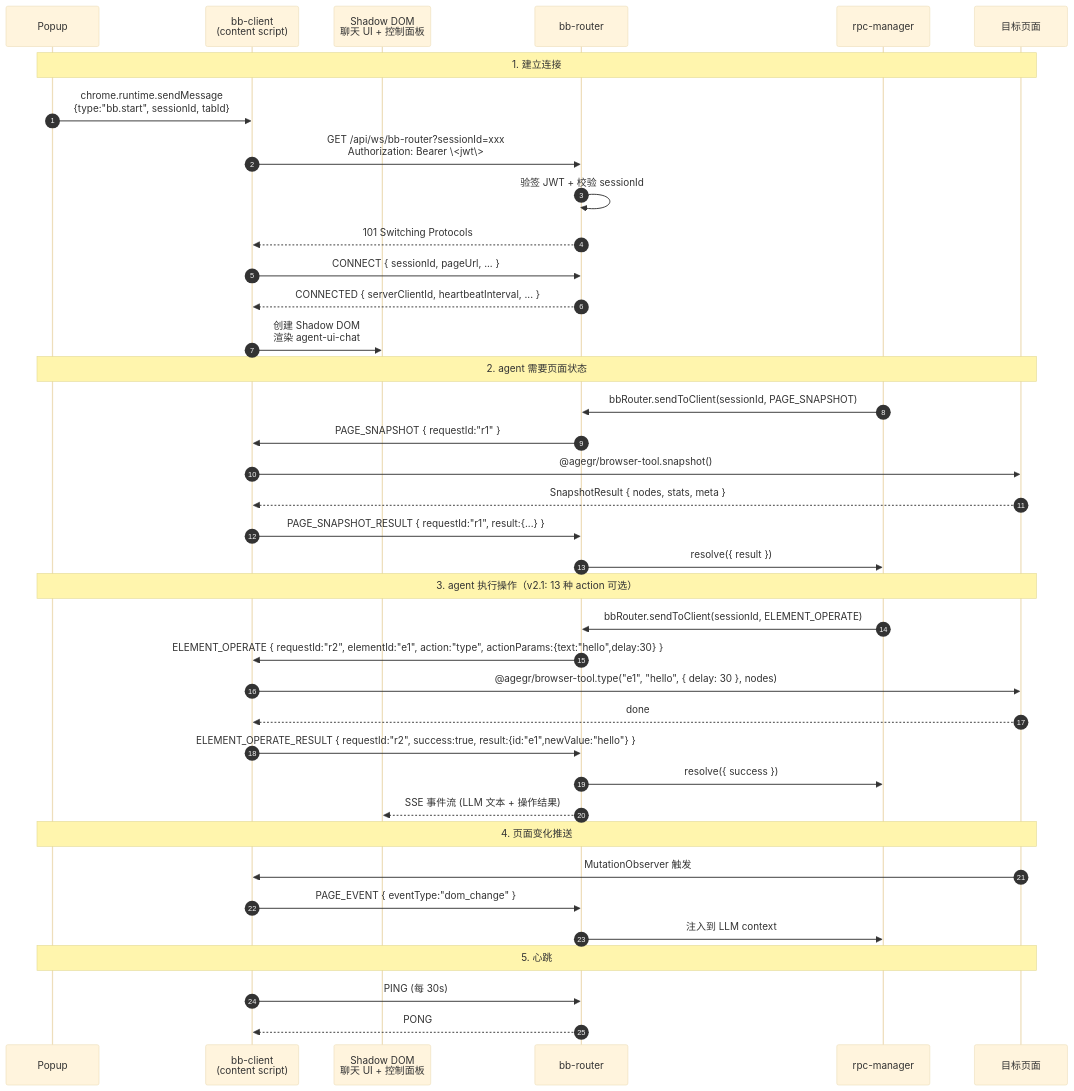
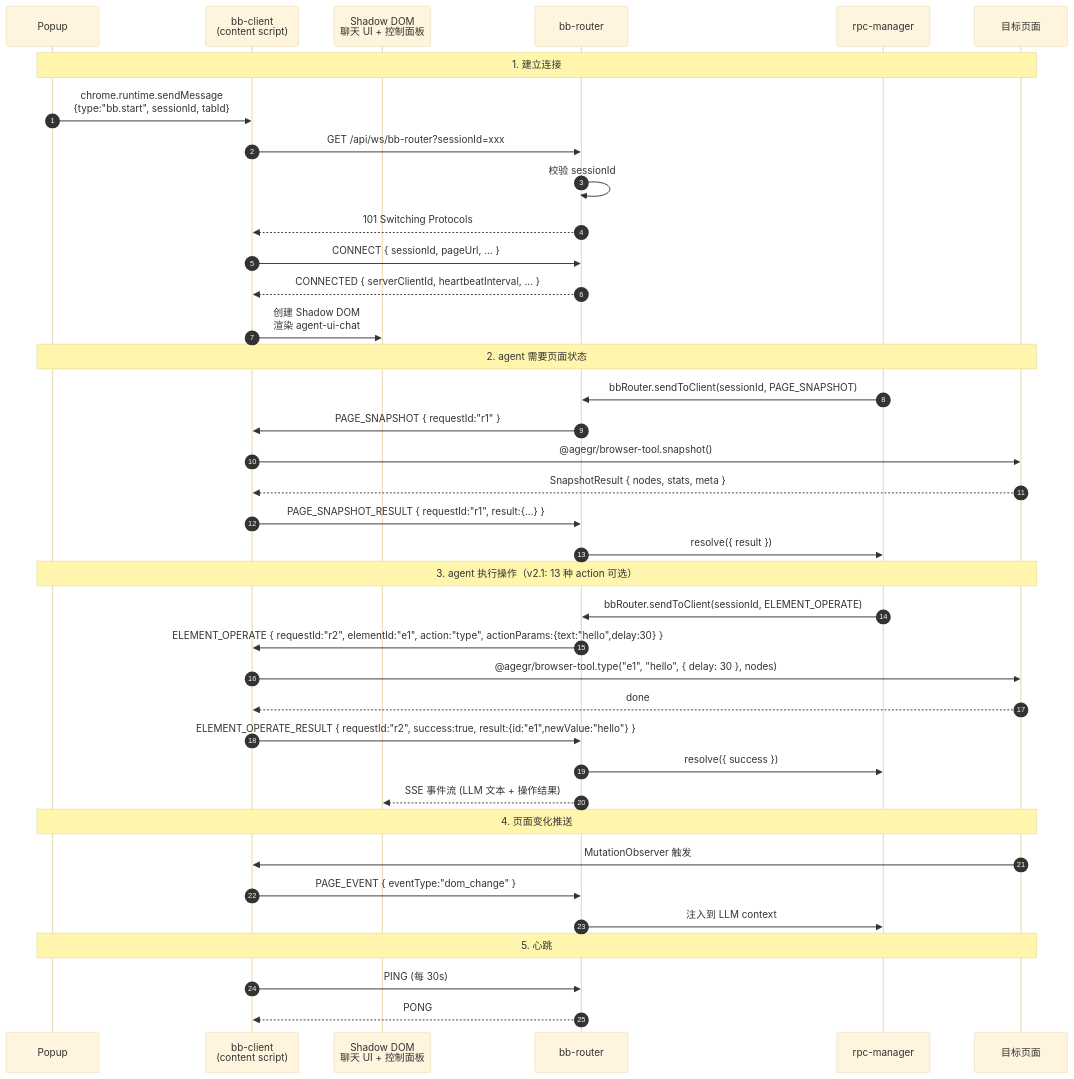
The first of 2 diagrams in neo/design/docs/technical/agent-steer/browser-bridge-protocol.md (zhaoxin34/matrix), drawn with Mermaid (base theme) before and after one commit. The commit also changed other lines of this file and 1 other file, not shown here.

````diff
--- a/neo/design/docs/technical/agent-steer/browser-bridge-protocol.md
+++ b/neo/design/docs/technical/agent-steer/browser-bridge-protocol.md
@@ -730,45 +707,45 @@
 ```mermaid
 sequenceDiagram
     autonumber
     participant Popup as Popup
     participant CS as bb-client<br/>(content script)
     participant SD as Shadow DOM<br/>聊天 UI + 控制面板
     participant Router as bb-router
     participant RPC as rpc-manager
     participant Page as 目标页面
 
     Note over Popup,Page: 1. 建立连接
     Popup->>CS: chrome.runtime.sendMessage<br/>{type:"bb.start", sessionId, tabId}
-    CS->>Router: GET /api/ws/bb-router?sessionId=xxx<br/>Authorization: Bearer \<jwt\>
-    Router->>Router: 验签 JWT + 校验 sessionId
+    CS->>Router: GET /api/ws/bb-router?sessionId=xxx
+    Router->>Router: 校验 sessionId
     Router-->>CS: 101 Switching Protocols
     CS->>Router: CONNECT { sessionId, pageUrl, ... }
     Router-->>CS: CONNECTED { serverClientId, heartbeatInterval, ... }
     CS->>SD: 创建 Shadow DOM<br/>渲染 agent-ui-chat
 
     Note over Popup,Page: 2. agent 需要页面状态
     RPC->>Router: bbRouter.sendToClient(sessionId, PAGE_SNAPSHOT)
     Router->>CS: PAGE_SNAPSHOT { requestId:"r1" }
     CS->>Page: @agegr/browser-tool.snapshot()
     Page-->>CS: SnapshotResult { nodes, stats, meta }
     CS->>Router: PAGE_SNAPSHOT_RESULT { requestId:"r1", result:{...} }
     Router->>RPC: resolve({ result })
 
     Note over Popup,Page: 3. agent 执行操作（v2.1: 13 种 action 可选）
     RPC->>Router: bbRouter.sendToClient(sessionId, ELEMENT_OPERATE)
     Router->>CS: ELEMENT_OPERATE { requestId:"r2", elementId:"e1", action:"type", actionParams:{text:"hello",delay:30} }
     CS->>Page: @agegr/browser-tool.type("e1", "hello", { delay: 30 }, nodes)
     Page-->>CS: done
     CS->>Router: ELEMENT_OPERATE_RESULT { requestId:"r2", success:true, result:{id:"e1",newValue:"hello"} }
     Router->>RPC: resolve({ success })
     Router-->>SD: SSE 事件流 (LLM 文本 + 操作结果)
 
     Note over Popup,Page: 4. 页面变化推送
     Page->>CS: MutationObserver 触发
     CS->>Router: PAGE_EVENT { eventType:"dom_change" }
     Router->>RPC: 注入到 LLM context
 
     Note over Popup,Page: 5. 心跳
     CS->>Router: PING (每 30s)
     Router-->>CS: PONG
 ```
````
